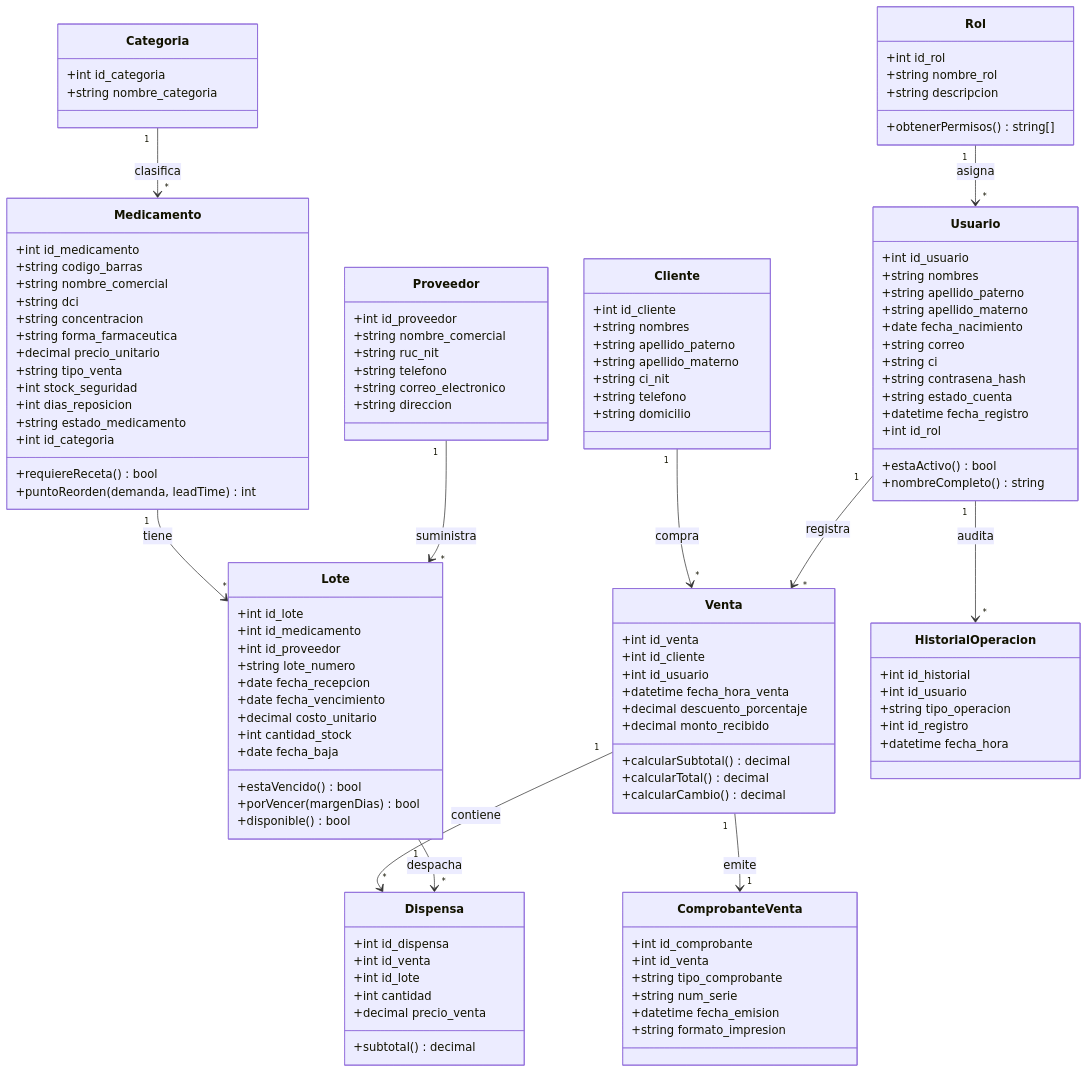
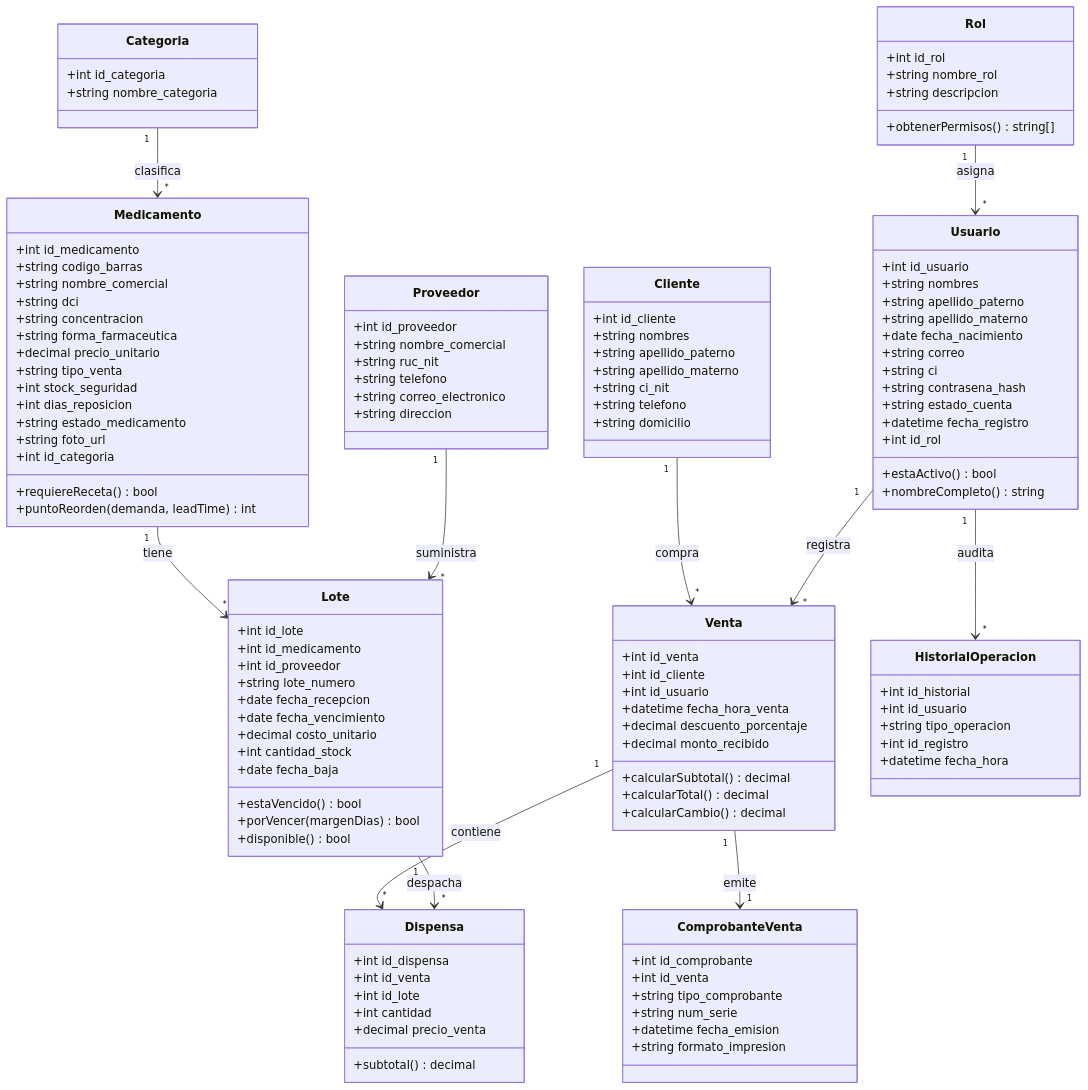
The second of 2 diagrams in docs/MODELO-DATOS.md (T-T-MoY/Software-de-Control-de-Inventario-y-Ventas-para-Farmacias), drawn with Mermaid before and after one commit. The commit also changed other lines of this file and 35 other files, not shown here.

```diff
--- a/docs/MODELO-DATOS.md
+++ b/docs/MODELO-DATOS.md
@@ -194,6 +195,7 @@
         +int stock_seguridad
         +int dias_reposicion
         +string estado_medicamento
+        +string foto_url
         +int id_categoria
         +requiereReceta() bool
         +puntoReorden(demanda, leadTime) int
```
